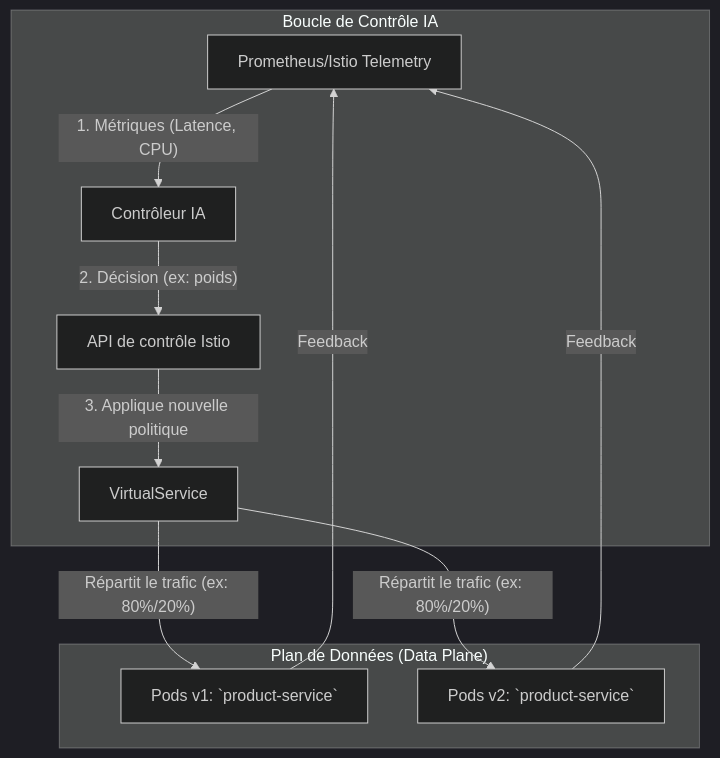
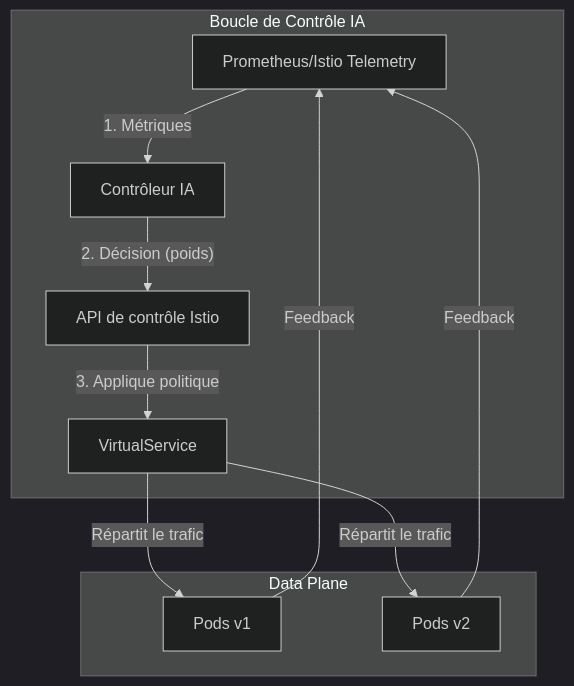
Before and after one commit to HarcheSamir/esisba-lirmm-ecommerce: the ninth of 9 diagrams in sprint3.md, drawn with Mermaid (dark theme). The commit also changed other lines of this file, not shown here.

````diff
--- a/sprint3.md
+++ b/sprint3.md
@@ -299,15 +424,15 @@
 ```mermaid
 graph TD
     subgraph "Boucle de Contrôle IA"
-        Telemetry[Prometheus/Istio Telemetry] -- "1. Métriques (Latence, CPU)" --> AI_Controller[Contrôleur IA];
-        AI_Controller -- "2. Décision (ex: poids)" --> Istio_API[API de contrôle Istio];
-        Istio_API -- "3. Applique nouvelle politique" --> VS[VirtualService];
+        Telemetry[Prometheus/Istio Telemetry] -- "1. Métriques" --> AI_Controller[Contrôleur IA];
+        AI_Controller -- "2. Décision (poids)" --> Istio_API[API de contrôle Istio];
+        Istio_API -- "3. Applique politique" --> VS[VirtualService];
     end
-    subgraph "Plan de Données (Data Plane)"
-        VS -- "Répartit le trafic (ex: 80%/20%)" --> V1[Pods v1: `product-service`];
-        VS -- "Répartit le trafic (ex: 80%/20%)" --> V2[Pods v2: `product-service`];
+    subgraph "Data Plane"
+        VS -- "Répartit le trafic" --> V1[Pods v1];
+        VS -- "Répartit le trafic" --> V2[Pods v2];
     end
 
     V1 -- "Feedback" --> Telemetry;
     V2 -- "Feedback" --> Telemetry;
 ```
````
